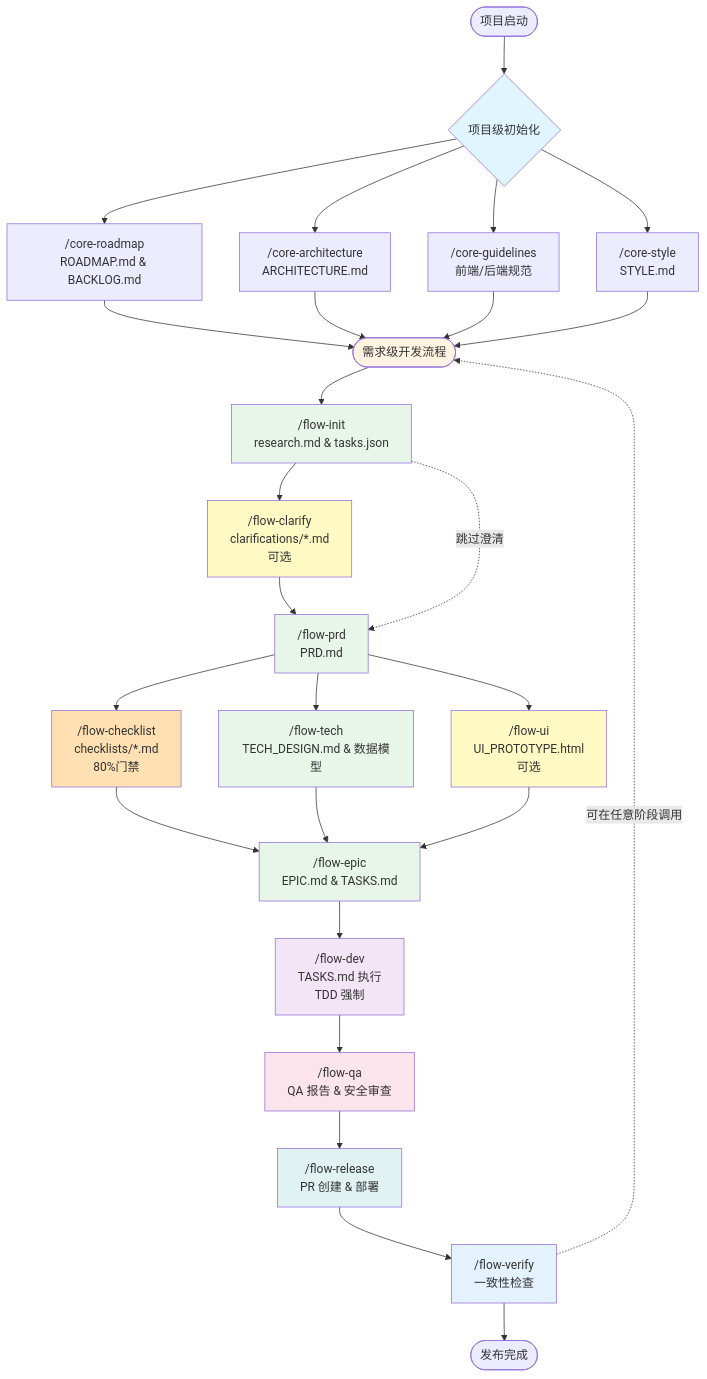
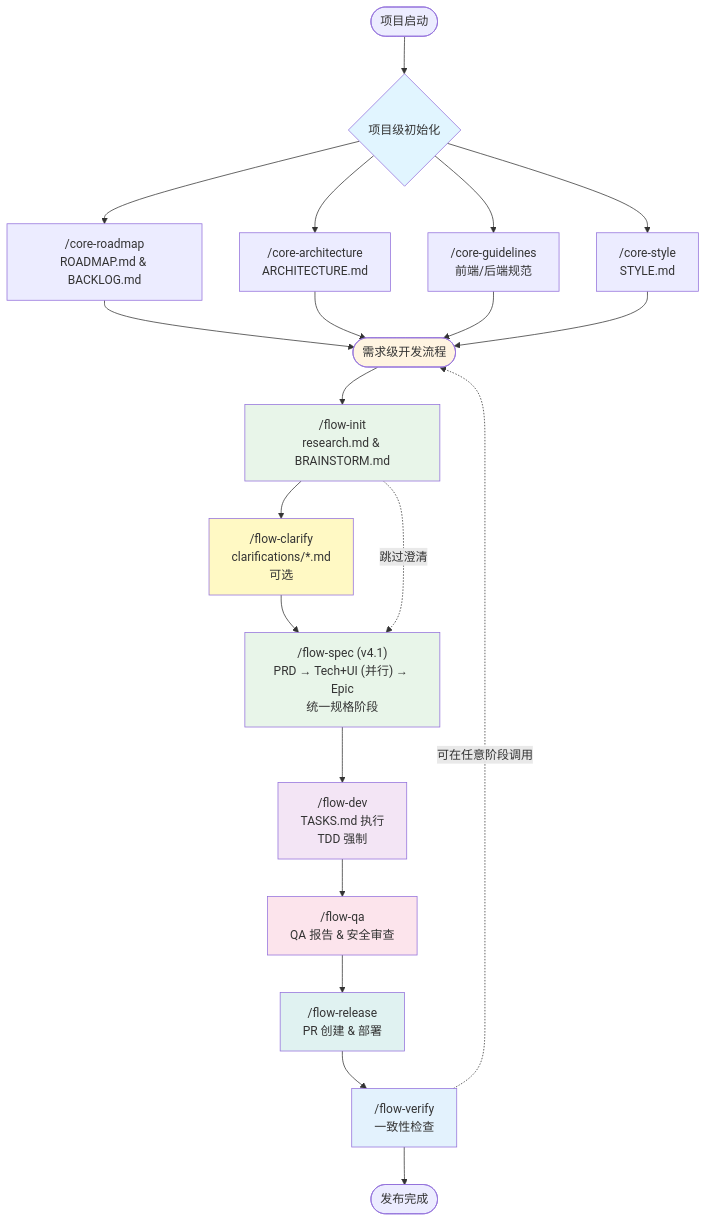
Before and after one commit to Dimon94/cc-devflow: the diagram in README.zh-CN.md, drawn with Mermaid. The commit also changed other lines of this file and 4 other files, not shown here.

First line of the commit message:
docs: update documentation for v4.1 unified /flow-spec and v3.0 compiler

````diff
--- a/README.zh-CN.md
+++ b/README.zh-CN.md
@@ -292,53 +294,42 @@
 ```mermaid
 graph TB
     Start([项目启动]) --> ProjectLevel{项目级初始化}
-    
+
     ProjectLevel --> CoreRoadmap["/core-roadmap<br/>ROADMAP.md & BACKLOG.md"]
     ProjectLevel --> CoreArch["/core-architecture<br/>ARCHITECTURE.md"]
     ProjectLevel --> CoreGuidelines["/core-guidelines<br/>前端/后端规范"]
     ProjectLevel --> CoreStyle["/core-style<br/>STYLE.md"]
-    
+
     CoreRoadmap --> ReqLevel
     CoreArch --> ReqLevel
     CoreGuidelines --> ReqLevel
     CoreStyle --> ReqLevel
-    
-    ReqLevel([需求级开发流程]) --> FlowInit["/flow-init<br/>research.md & tasks.json"]
-    
+
+    ReqLevel([需求级开发流程]) --> FlowInit["/flow-init<br/>research.md & BRAINSTORM.md"]
+
     FlowInit --> FlowClarify["/flow-clarify<br/>clarifications/*.md<br/>可选"]
-    FlowClarify --> FlowPRD["/flow-prd<br/>PRD.md"]
-    FlowInit -.->|跳过澄清| FlowPRD
-    FlowPRD --> FlowChecklist["/flow-checklist<br/>checklists/*.md<br/>80%门禁"]
-    FlowPRD --> FlowTech["/flow-tech<br/>TECH_DESIGN.md & 数据模型"]
-    FlowPRD --> FlowUI["/flow-ui<br/>UI_PROTOTYPE.html<br/>可选"]
+    FlowClarify --> FlowSpec["/flow-spec (v4.1)<br/>PRD → Tech+UI (并行) → Epic<br/>统一规格阶段"]
+    FlowInit -.->|跳过澄清| FlowSpec
 
-    FlowChecklist --> FlowEpic
-    FlowTech --> FlowEpic["/flow-epic<br/>EPIC.md & TASKS.md"]
-    FlowUI --> FlowEpic
-    
-    FlowEpic --> FlowDev["/flow-dev<br/>TASKS.md 执行<br/>TDD 强制"]
-    
+    FlowSpec --> FlowDev["/flow-dev<br/>TASKS.md 执行<br/>TDD 强制"]
+
     FlowDev --> FlowQA["/flow-qa<br/>QA 报告 & 安全审查"]
-    
+
     FlowQA --> FlowRelease["/flow-release<br/>PR 创建 & 部署"]
-    
+
     FlowRelease --> FlowVerify["/flow-verify<br/>一致性检查"]
-    
+
     FlowVerify --> End([发布完成])
-    
+
     FlowVerify -.->|可在任意阶段调用| ReqLevel
-    
+
     style ProjectLevel fill:#e1f5ff
     style ReqLevel fill:#fff4e1
     style FlowInit fill:#e8f5e9
     style FlowClarify fill:#fff9c4
-    style FlowPRD fill:#e8f5e9
-    style FlowChecklist fill:#ffe0b2
-    style FlowTech fill:#e8f5e9
-    style FlowUI fill:#fff9c4
-    style FlowEpic fill:#e8f5e9
+    style FlowSpec fill:#e8f5e9
     style FlowDev fill:#f3e5f5
     style FlowQA fill:#fce4ec
     style FlowRelease fill:#e0f2f1
     style FlowVerify fill:#e3f2fd
 ```
````
